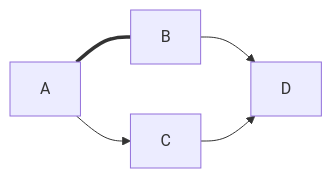
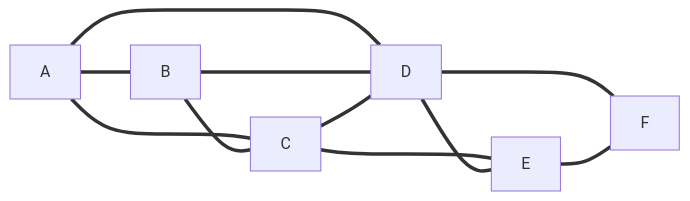
The diagram in README.md (LuboDimitrov/Dijsktra-SPT), drawn with Mermaid before and after one commit.

````diff
--- a/README.md
+++ b/README.md
@@ -10,7 +10,13 @@
 ```mermaid
 graph LR;
     A===B;
-    A-->C;
-    B-->D;
-    C-->D;
+    A===C;
+    A===D;
+    B===D;
+    B===C;
+    C===D;
+    C===E;
+    D===E;
+    D===F;
+    E===F;
 ```
````
